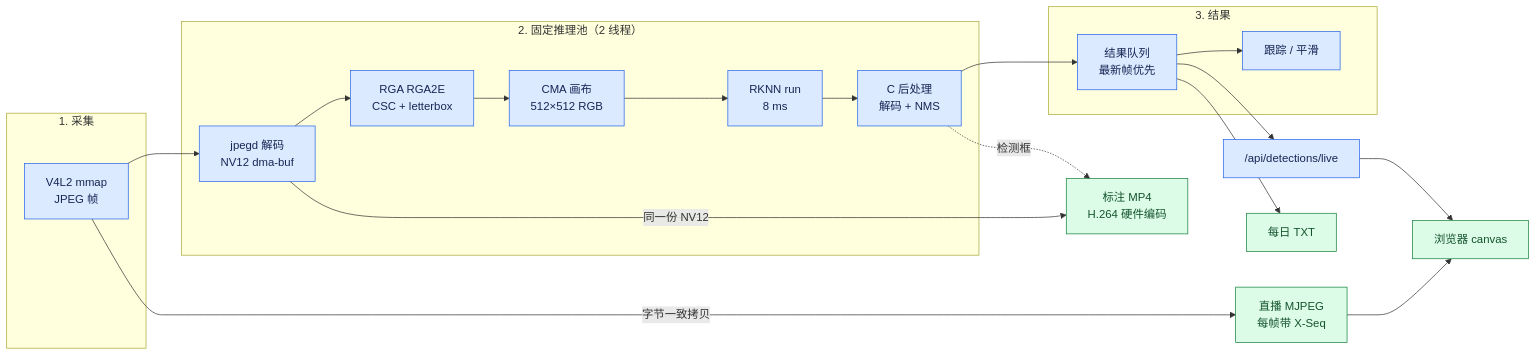
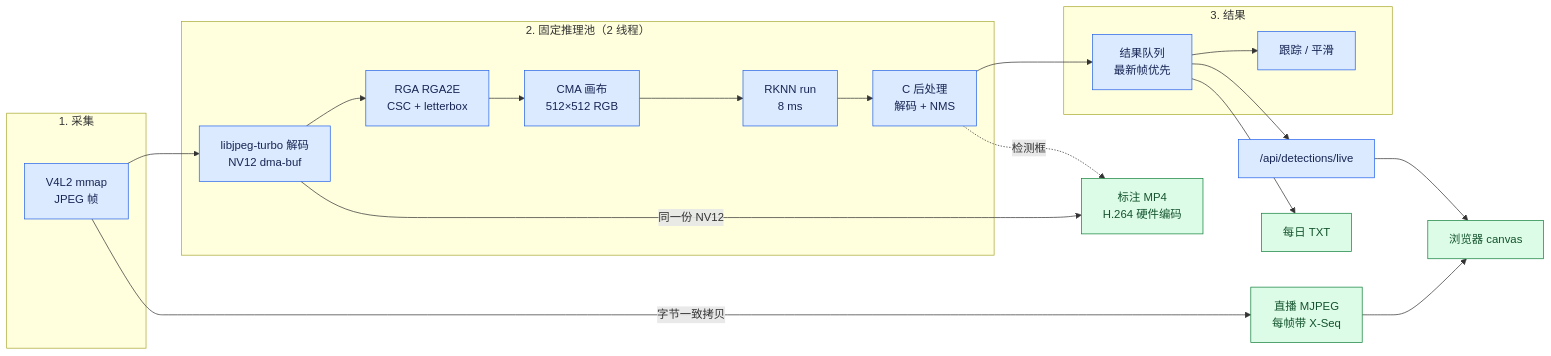
Before and after one commit to qianruo-orange/autonomous-driving-car: the second of 6 diagrams in README.md, drawn with Mermaid. The commit also changed other lines of this file and 5 other files, not shown here.

````diff
--- a/README.md
+++ b/README.md
@@ -79,28 +79,28 @@
 ```mermaid
 flowchart LR
     subgraph Capture["1. 采集"]
         Raw["V4L2 mmap<br/>JPEG 帧"]
     end
     subgraph Infer["2. 固定推理池（2 线程）"]
-        Nv12["jpegd 解码<br/>NV12 dma-buf"] --> Rga["RGA RGA2E<br/>CSC + letterbox"]
+        Nv12["libjpeg-turbo 解码<br/>NV12 dma-buf"] --> Rga["RGA RGA2E<br/>CSC + letterbox"]
         Rga --> Canvas["CMA 画布<br/>512×512 RGB"]
         Canvas --> Npu["RKNN run<br/>8 ms"]
         Npu --> Post["C 后处理<br/>解码 + NMS"]
     end
     subgraph Render["3. 结果"]
         Latest["结果队列<br/>最新帧优先"] --> Track["跟踪 / 平滑"]
     end
     Raw --> Nv12
     Post --> Latest
     Raw -->|字节一致拷贝| Live["直播 MJPEG<br/>每帧带 X-Seq"]
     Nv12 -->|同一份 NV12| Annot["标注 MP4<br/>H.264 硬件编码"]
     Post -.->|检测框| Annot
     Latest --> Api["/api/detections/live"]
     Api --> Browser["浏览器 canvas"]
     Live --> Browser
     Latest --> Reports["每日 TXT"]
     classDef process fill:#dbeafe,stroke:#2563eb,color:#172554
     classDef output fill:#dcfce7,stroke:#15803d,color:#14532d
     class Raw,Nv12,Rga,Canvas,Npu,Post,Latest,Track,Api process
     class Live,Annot,Browser,Reports output
 ```
````
